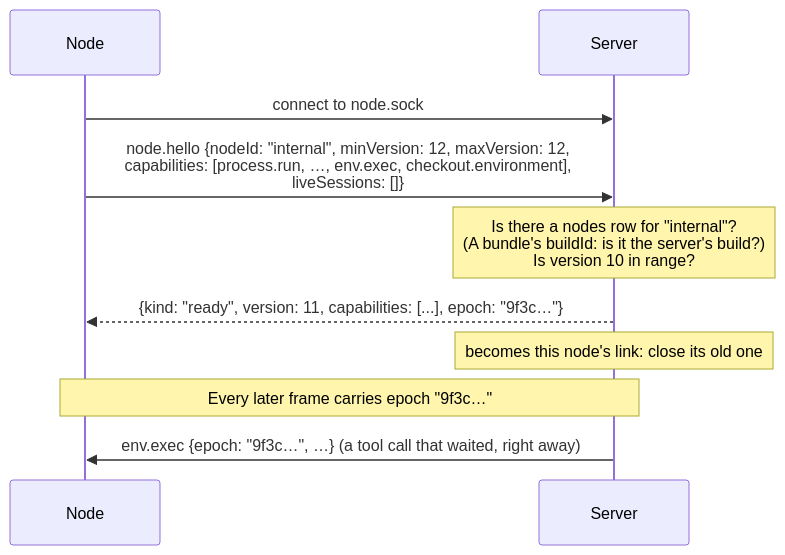
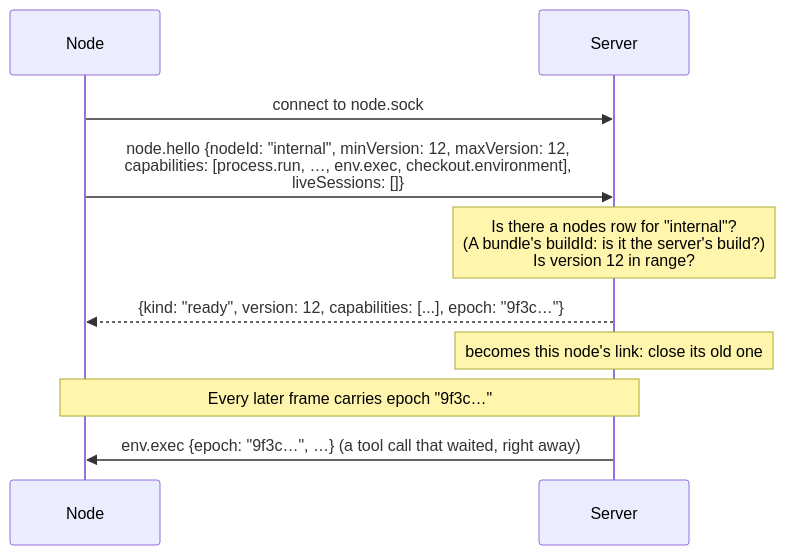
Before and after one commit to willtcarey/reins: the fourth of 9 diagrams in docs/dev/node-transport.md, drawn with Mermaid. The commit also changed other lines of this file and 27 other files, not shown here.

````diff
--- a/docs/dev/node-transport.md
+++ b/docs/dev/node-transport.md
@@ -275,12 +269,12 @@
 ```mermaid
 sequenceDiagram
     participant N as Node
     participant S as Server
     N->>S: connect to node.sock
     N->>S: node.hello {nodeId: "internal", minVersion: 12, maxVersion: 12,<br/>capabilities: [process.run, …, env.exec, checkout.environment],<br/>liveSessions: []}
-    Note over S: Is there a nodes row for "internal"?<br/>(A bundle's buildId: is it the server's build?)<br/>Is version 10 in range?
-    S-->>N: {kind: "ready", version: 11, capabilities: [...], epoch: "9f3c…"}
+    Note over S: Is there a nodes row for "internal"?<br/>(A bundle's buildId: is it the server's build?)<br/>Is version 12 in range?
+    S-->>N: {kind: "ready", version: 12, capabilities: [...], epoch: "9f3c…"}
     Note over S: becomes this node's link: close its old one
     Note over N,S: Every later frame carries epoch "9f3c…"
     S->>N: env.exec {epoch: "9f3c…", …} (a tool call that waited, right away)
 ```
````
